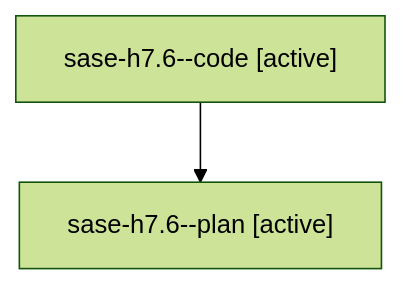
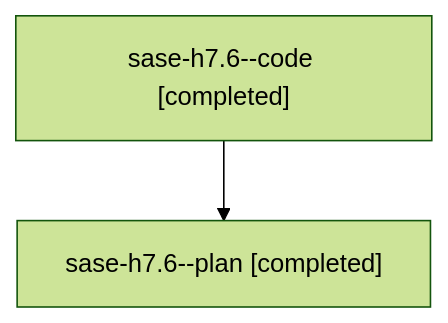
Before and after one commit to sase-org/sase--agents: the diagram in families/bbugyi200.athena.sase-h7.6.md, drawn with Mermaid (forest theme). The commit also changed other lines of this file and 4556 other files, not shown here.

````diff
--- a/families/bbugyi200.athena.sase-h7.6.md
+++ b/families/bbugyi200.athena.sase-h7.6.md
@@ -9,6 +9,6 @@
 ```mermaid
 flowchart TD
-  n0["sase-h7.6--code [active]"]
-  n1["sase-h7.6--plan [active]"]
+  n0["sase-h7.6--code [completed]"]
+  n1["sase-h7.6--plan [completed]"]
   n0 --> n1
 ```
````
